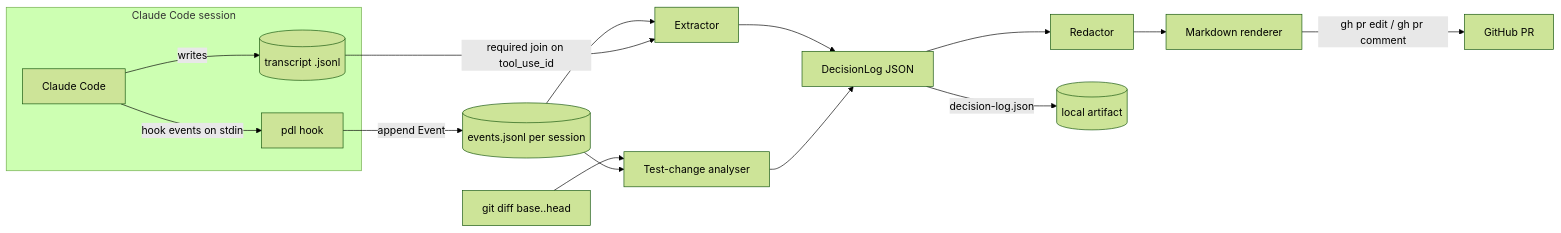
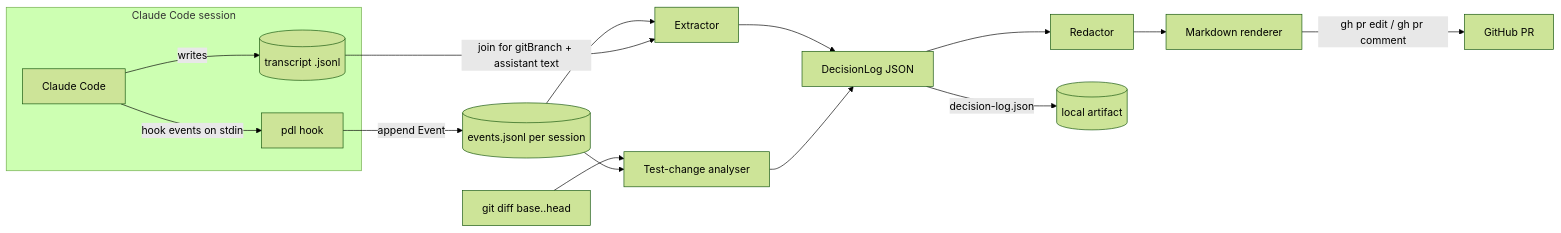
One commit to GcdZ03/pr-decision-log changed the diagram in docs/DESIGN.md. Above: the diagram before and after it, drawn with Mermaid (forest theme). The commit also changed other lines of this file and 1 other file, not shown here.

````diff
--- a/docs/DESIGN.md
+++ b/docs/DESIGN.md
@@ -74,18 +88,18 @@
 ```mermaid
 flowchart LR
   subgraph agent[Claude Code session]
     CC[Claude Code] -->|hook events on stdin| H[pdl hook]
     CC -->|writes| T[(transcript .jsonl)]
   end
   H -->|append Event| S[(events.jsonl per session)]
   S --> X[Extractor]
-  T -->|required join on tool_use_id| X
+  T -->|join for gitBranch + assistant text| X
   X --> D[DecisionLog JSON]
   D --> R[Redactor]
   R --> M[Markdown renderer]
   M -->|gh pr edit / gh pr comment| PR[GitHub PR]
   D -->|decision-log.json| F[(local artifact)]
   G[git diff base..head] --> TA[Test-change analyser]
   S --> TA
   TA --> D
 ```
````
